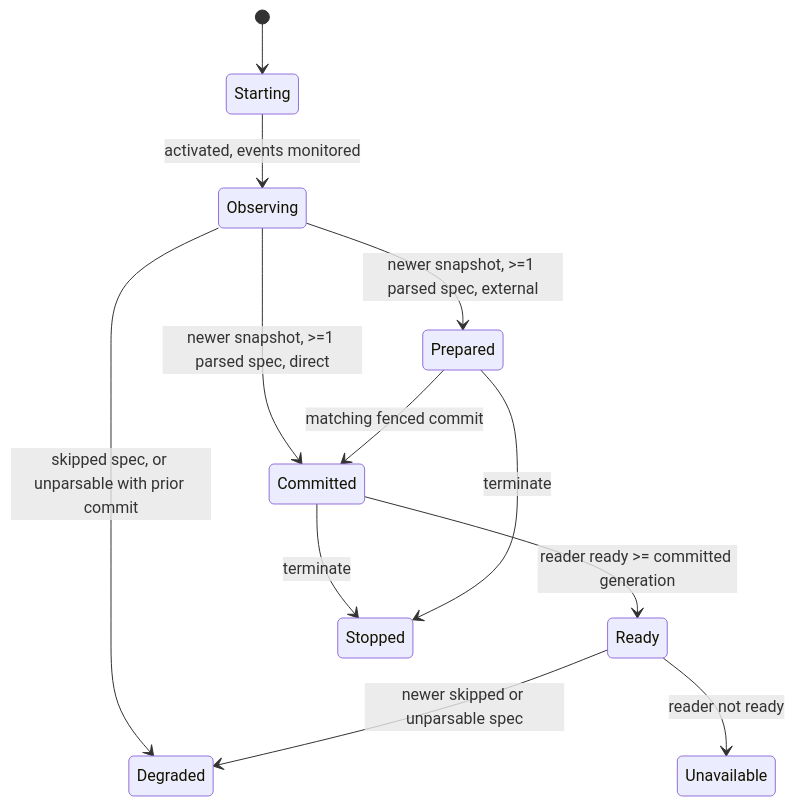
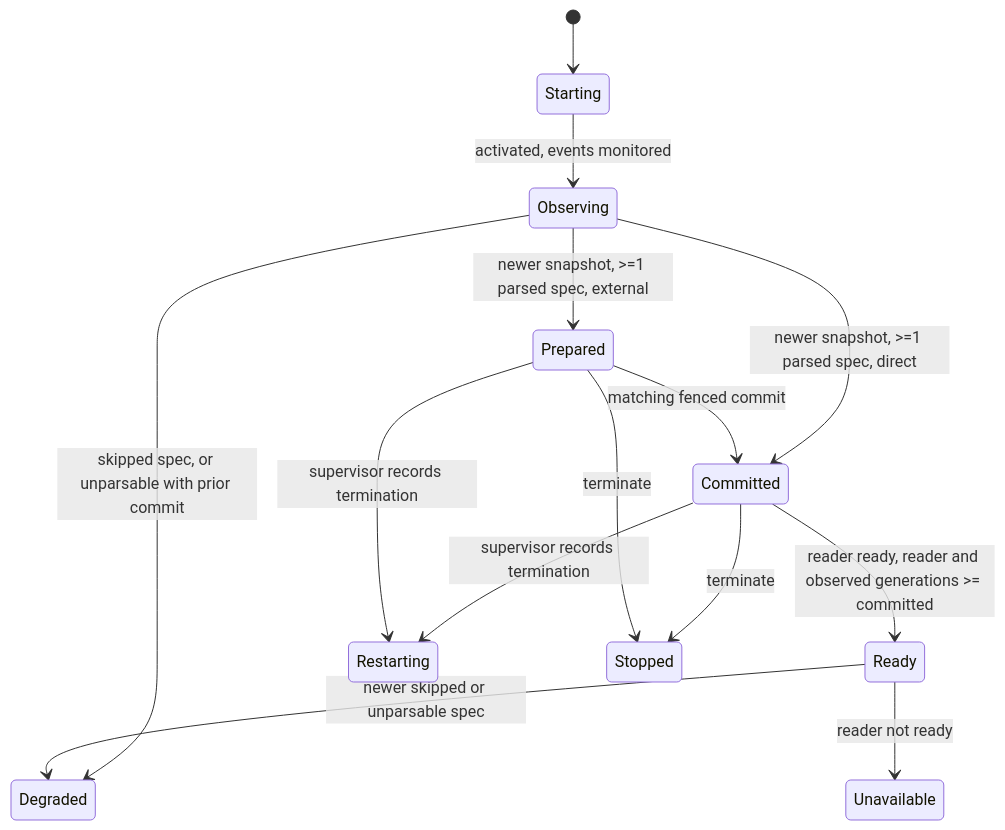
Before and after one commit to HarishHary/blink: the fourth of 4 diagrams in docs/internals/snapshot-runtime.md, drawn with Mermaid. The commit also changed other lines of this file and 5 other files, not shown here.

````diff
--- a/docs/internals/snapshot-runtime.md
+++ b/docs/internals/snapshot-runtime.md
@@ -150,14 +157,16 @@
 ```mermaid
 stateDiagram-v2
     [*] --> Starting
     Starting --> Observing: activated, events monitored
     Observing --> Prepared: newer snapshot, >=1 parsed spec, external
     Observing --> Committed: newer snapshot, >=1 parsed spec, direct
     Prepared --> Committed: matching fenced commit
     Observing --> Degraded: skipped spec, or unparsable with prior commit
-    Committed --> Ready: reader ready >= committed generation
+    Committed --> Ready: reader ready, reader and observed generations >= committed
     Ready --> Degraded: newer skipped or unparsable spec
     Ready --> Unavailable: reader not ready
+    Committed --> Restarting: supervisor records termination
+    Prepared --> Restarting: supervisor records termination
     Committed --> Stopped: terminate
     Prepared --> Stopped: terminate
 ```
````
